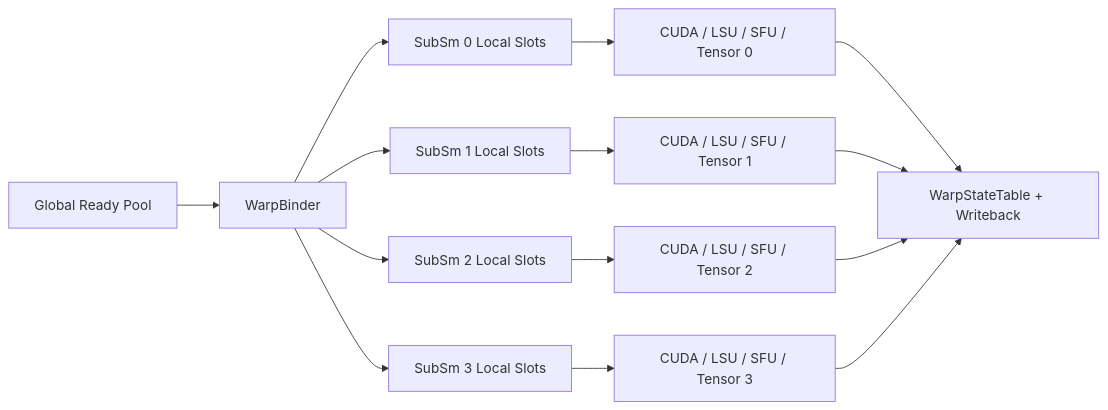
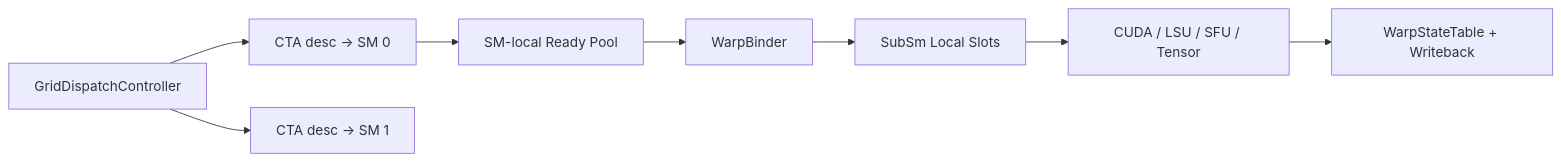
One commit to lastweek/SpinalGPU changed the second of 4 diagrams in docs/architecture.md. Above: the diagram before and after it, drawn with Mermaid. The commit also changed other lines of this file and 34 other files, not shown here.

````diff
--- a/docs/architecture.md
+++ b/docs/architecture.md
@@ -180,20 +187,15 @@
 ```mermaid
 flowchart LR
-  READY[Global Ready Pool]
+  GRID[GridDispatchController]
+  CTA0[CTA desc -> SM 0]
+  CTA1[CTA desc -> SM 1]
+  READY[SM-local Ready Pool]
   BINDER[WarpBinder]
-  SLOT0[SubSm 0 Local Slots]
-  SLOT1[SubSm 1 Local Slots]
-  SLOT2[SubSm 2 Local Slots]
-  SLOT3[SubSm 3 Local Slots]
-  EXEC0[CUDA / LSU / SFU / Tensor 0]
-  EXEC1[CUDA / LSU / SFU / Tensor 1]
-  EXEC2[CUDA / LSU / SFU / Tensor 2]
-  EXEC3[CUDA / LSU / SFU / Tensor 3]
+  SLOT0[SubSm Local Slots]
+  EXEC0[CUDA / LSU / SFU / Tensor]
   WB[WarpStateTable + Writeback]
 
-  READY --> BINDER
-  BINDER --> SLOT0 --> EXEC0 --> WB
-  BINDER --> SLOT1 --> EXEC1 --> WB
-  BINDER --> SLOT2 --> EXEC2 --> WB
-  BINDER --> SLOT3 --> EXEC3 --> WB
+  GRID --> CTA0 --> READY
+  GRID --> CTA1
+  READY --> BINDER --> SLOT0 --> EXEC0 --> WB
 ```
````
